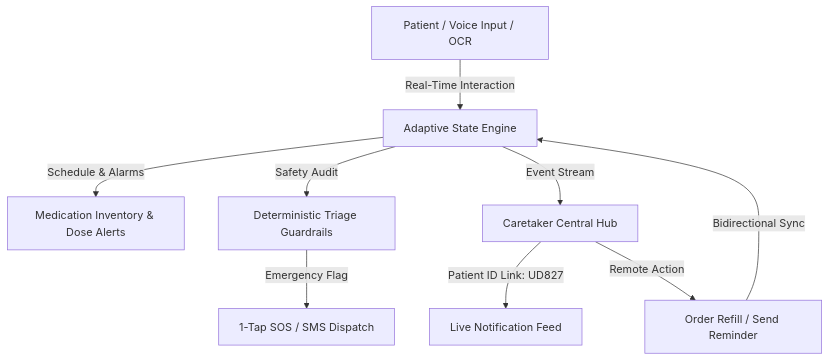
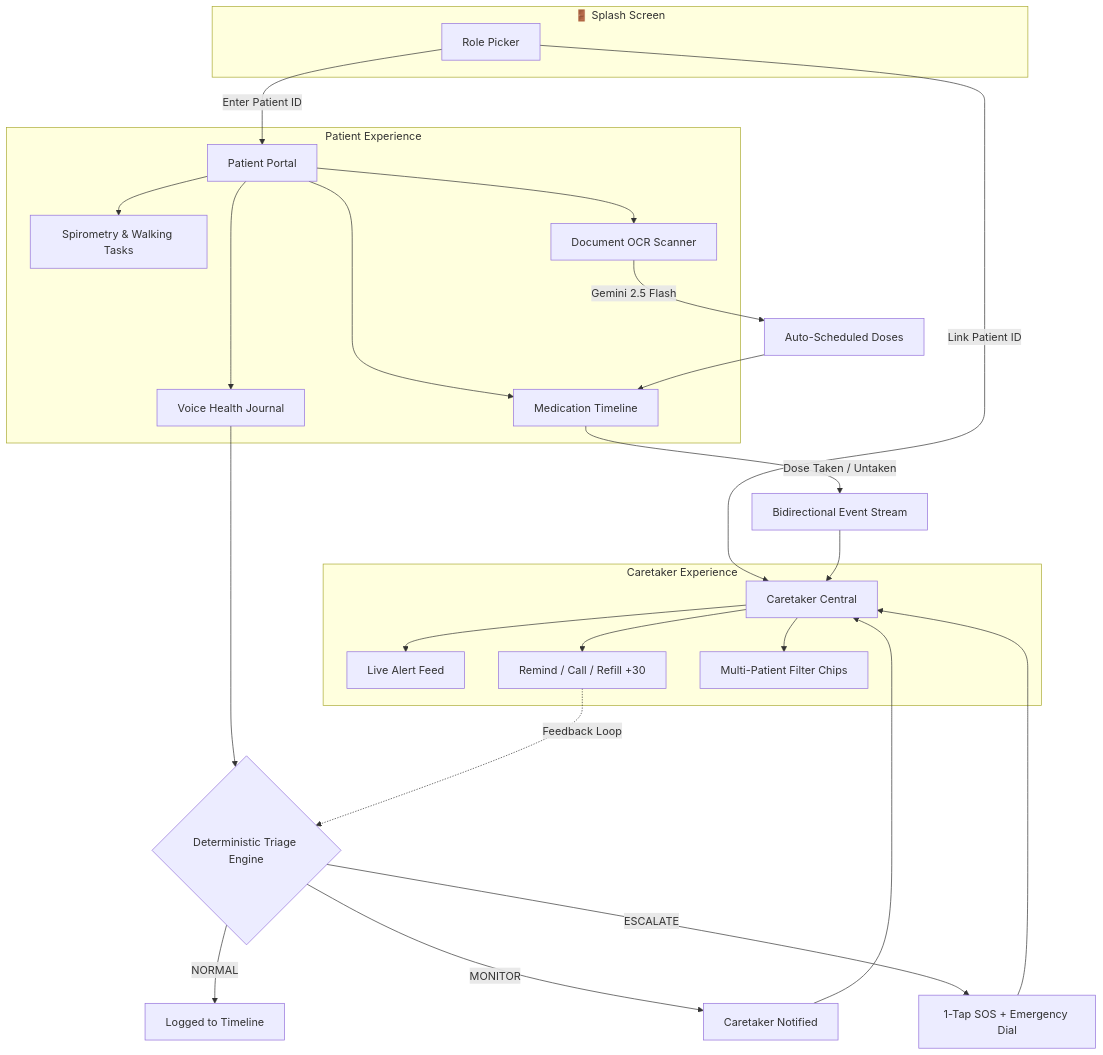
The diagram in README.md (udbhavnc7/SAATHI), drawn with Mermaid before and after one commit. The commit also changed other lines of this file, not shown here.

````diff
--- a/README.md
+++ b/README.md
@@ -66,11 +129,37 @@
 ```mermaid
-graph TD
-    A[Patient / Voice Input / OCR] -->|Real-Time Interaction| B[Adaptive State Engine]
-    B -->|Schedule & Alarms| C[Medication Inventory & Dose Alerts]
-    B -->|Safety Audit| D[Deterministic Triage Guardrails]
-    D -->|Emergency Flag| E[1-Tap SOS / SMS Dispatch]
-    B -->|Event Stream| F[Caretaker Central Hub]
-    F -->|Patient ID Link: UD827| G[Live Notification Feed]
-    F -->|Remote Action| H[Order Refill / Send Reminder]
-    H -->|Bidirectional Sync| B
+flowchart TB
+    subgraph Splash["🚪 Splash Screen"]
+        RP[Role Picker]
+    end
+
+    RP -->|"Enter Patient ID"| PP[Patient Portal]
+    RP -->|"Link Patient ID"| CC[Caretaker Central]
+
+    subgraph PatientSide["Patient Experience"]
+        PP --> MED[Medication Timeline]
+        PP --> VOICE[Voice Health Journal]
+        PP --> SPIRO[Spirometry & Walking Tasks]
+        PP --> OCR[Document OCR Scanner]
+    end
+
+    VOICE --> TRIAGE{Deterministic Triage Engine}
+    TRIAGE -->|NORMAL| LOG[Logged to Timeline]
+    TRIAGE -->|MONITOR| ALERT1[Caretaker Notified]
+    TRIAGE -->|ESCALATE| SOS[1-Tap SOS + Emergency Dial]
+
+    MED -->|"Dose Taken / Untaken"| STREAM[Bidirectional Event Stream]
+    OCR -->|"Gemini 2.5 Flash"| SCHED[Auto-Scheduled Doses]
+    SCHED --> MED
+
+    STREAM --> CC
+    ALERT1 --> CC
+    SOS --> CC
+
+    subgraph CaretakerSide["Caretaker Experience"]
+        CC --> FEED[Live Alert Feed]
+        CC --> ACTIONS["Remind / Call / Refill +30"]
+        CC --> FILTER[Multi-Patient Filter Chips]
+    end
+
+    ACTIONS -.->|"Feedback Loop"| TRIAGE
 ```
````
